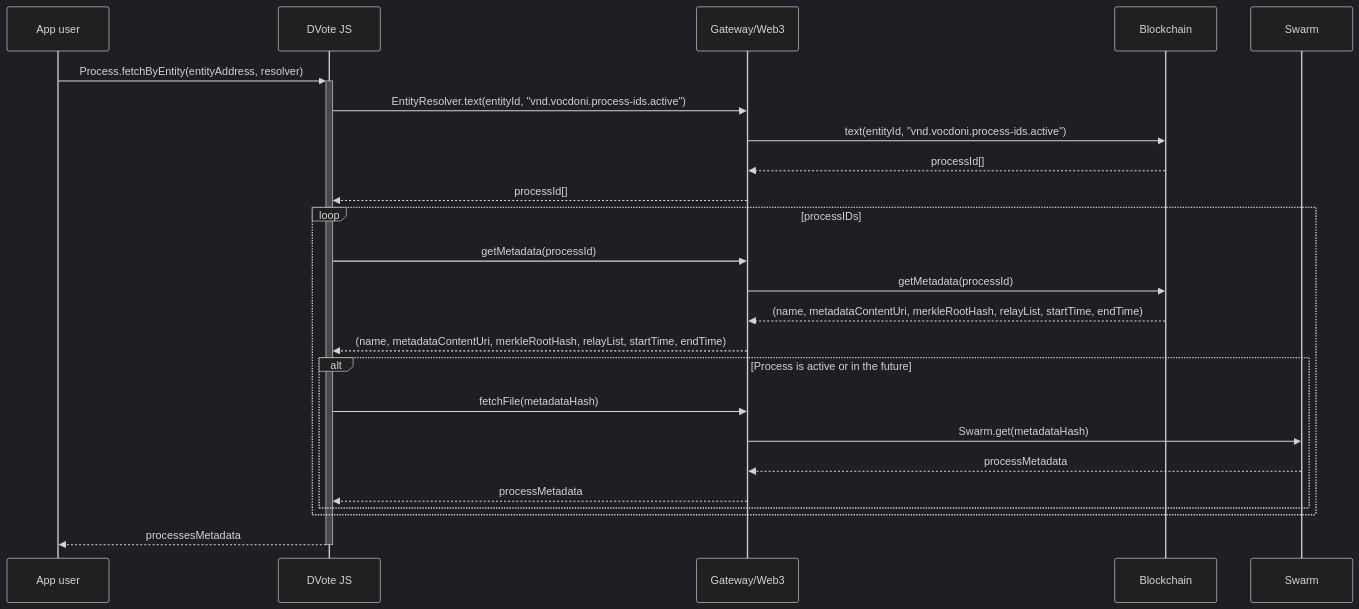
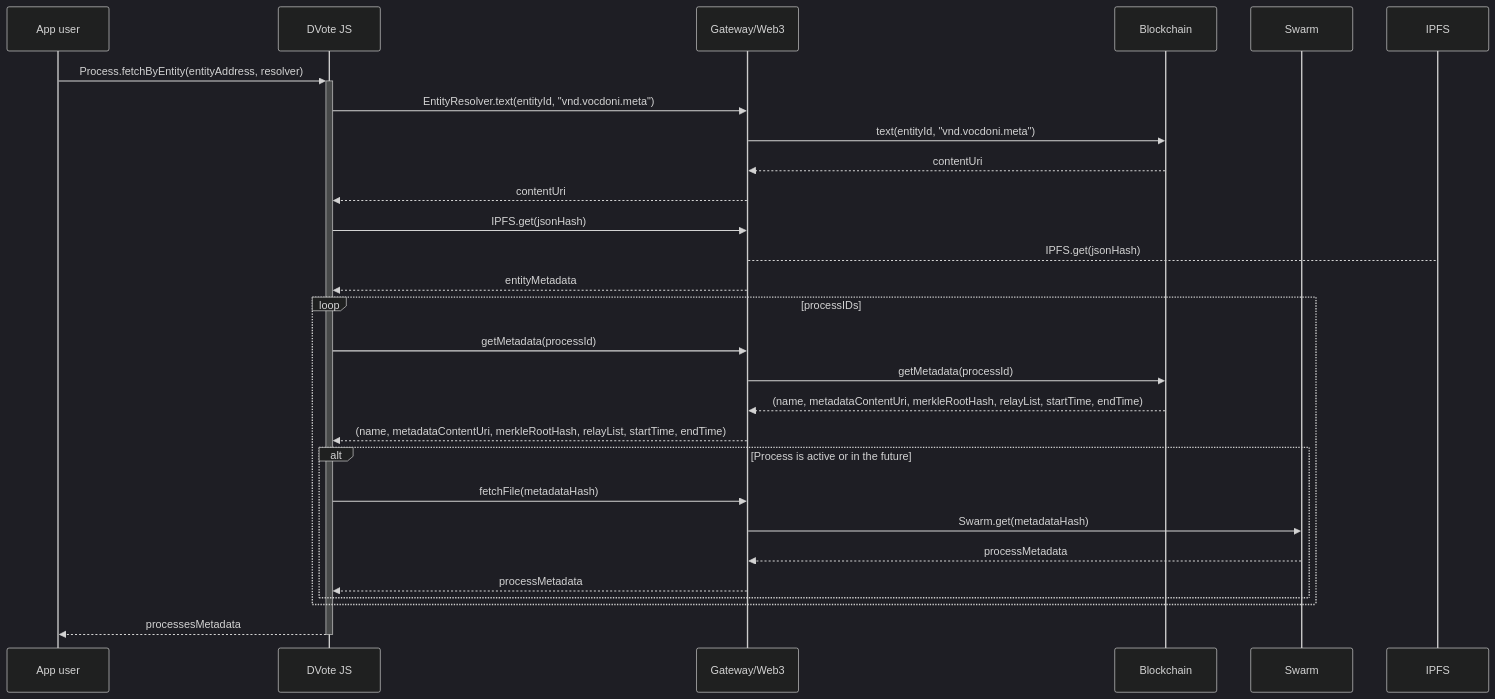
Before and after one commit to vocdoni/docs: the eighth of 15 diagrams in docs/architecture/sequence-diagrams.md, drawn with Mermaid (dark theme). The commit also changed other lines of this file and 1 other file, not shown here.

Commit message:
Updating the sequence diagrams for the Entity

````diff
--- a/docs/architecture/sequence-diagrams.md
+++ b/docs/architecture/sequence-diagrams.md
@@ -402,32 +396,36 @@
 ```mermaid
 sequenceDiagram
     participant App as App user
     participant DV as DVote JS
     participant GW as Gateway/Web3
     participant BC as Blockchain
     participant SW as Swarm
 
     App->>+DV: Process.fetchByEntity(entityAddress, resolver)
 
-        DV->>GW: EntityResolver.text(entityId, "vnd.vocdoni.process-ids.active")
-            GW->>BC: text(entityId, "vnd.vocdoni.process-ids.active")
-            BC-->>GW: processId[]
-        GW-->>DV: processId[]
+        DV->>GW: EntityResolver.text(entityId, "vnd.vocdoni.meta")
+            GW->>BC: text(entityId, "vnd.vocdoni.meta")
+            BC-->>GW: contentUri
+        GW-->>DV: contentUri
+
+        DV->>GW: IPFS.get(jsonHash)
+            GW-->IPFS: IPFS.get(jsonHash)
+        GW-->>DV: entityMetadata
 
         loop processIDs
 
             DV->>GW: getMetadata(processId)
                 GW->>BC: getMetadata(processId)
                 BC-->>GW: (name, metadataContentUri, merkleRootHash, relayList, startTime, endTime)
             GW-->>DV: (name, metadataContentUri, merkleRootHash, relayList, startTime, endTime)
 
             alt Process is active or in the future
                 DV->>GW: fetchFile(metadataHash)
                 GW->>SW: Swarm.get(metadataHash)
                 SW-->>GW: processMetadata
                 GW-->>DV: processMetadata
             end
         end
 
     DV-->>-App: processesMetadata
 ```
````
